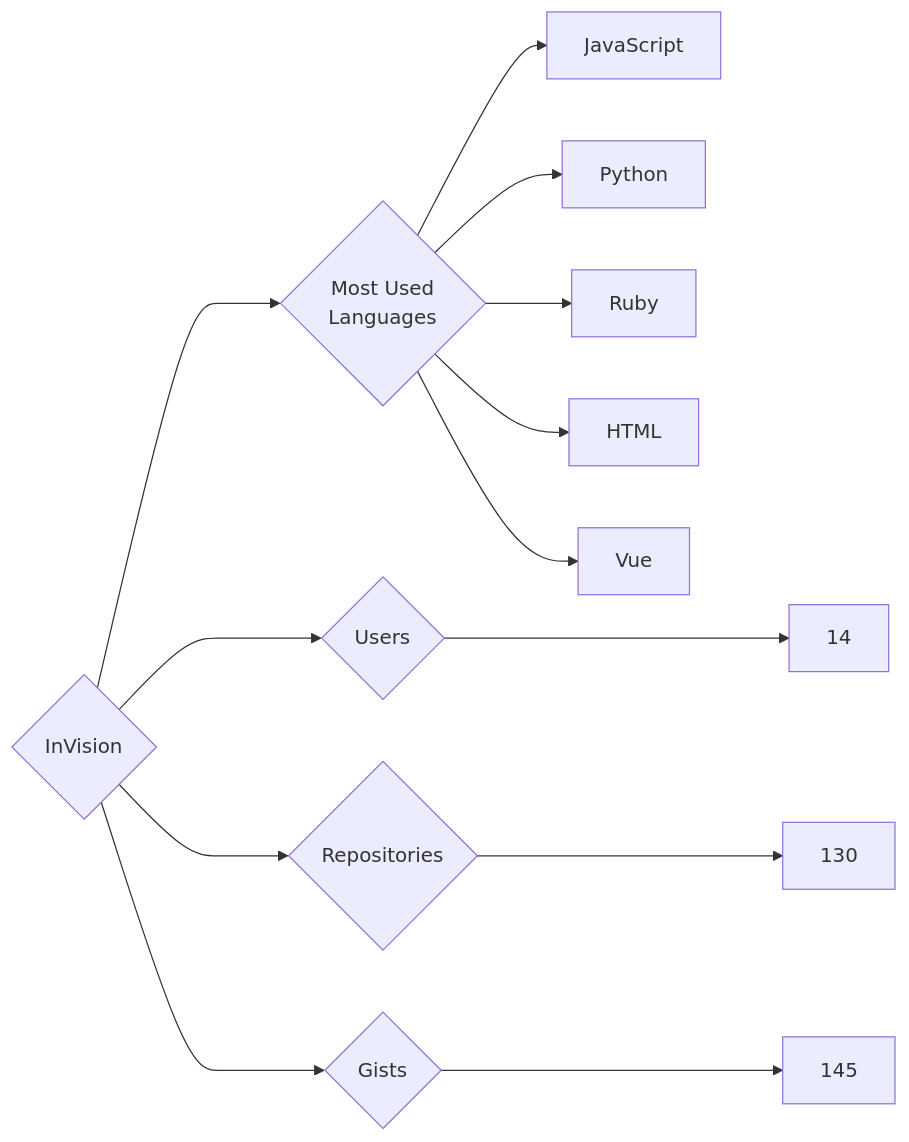
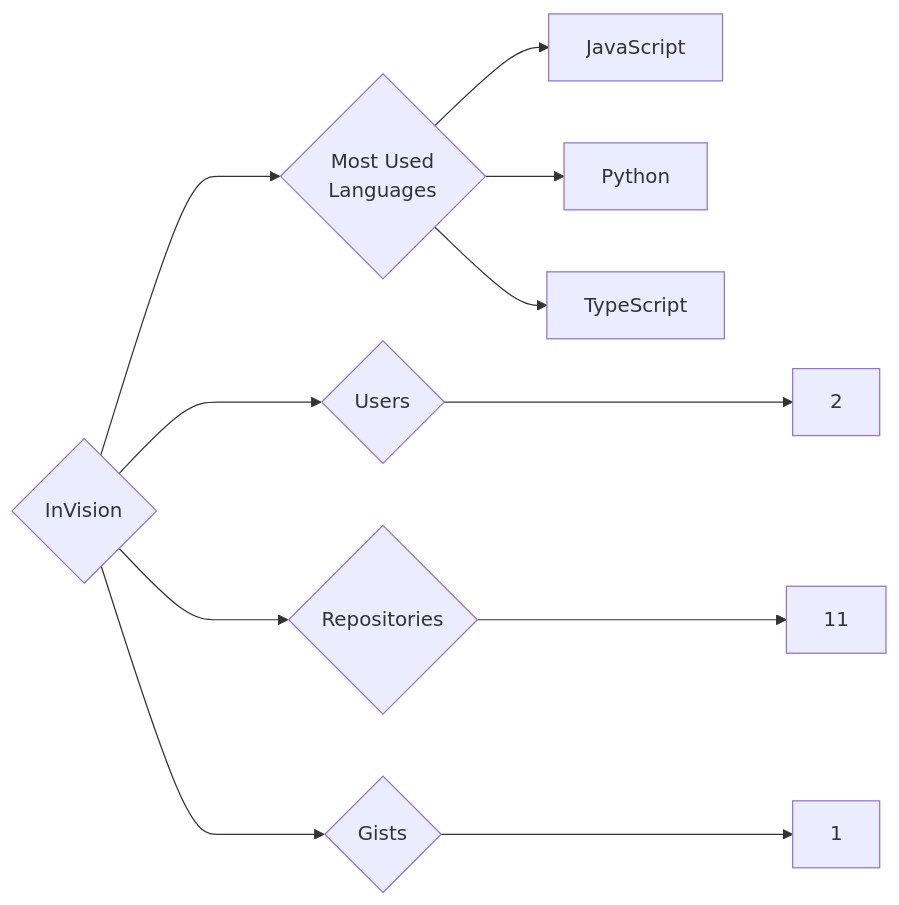
One commit to trickest/insiders changed the diagram in targets/InVision/README.md. Above: the diagram before and after it, drawn with Mermaid. The commit also changed 924 other files, not shown here.

````diff
--- a/targets/InVision/README.md
+++ b/targets/InVision/README.md
@@ -3,13 +3,11 @@
 ```mermaid
 graph LR
 COMPANY_NAME{InVision}
-COMPANY_NAME ---> U{Users} ---> UN[14]
-COMPANY_NAME ---> R{Repositories} ---> RN[130]
-COMPANY_NAME ---> G{Gists} ---> GN[145]
+COMPANY_NAME ---> U{Users} ---> UN[2]
+COMPANY_NAME ---> R{Repositories} ---> RN[11]
+COMPANY_NAME ---> G{Gists} ---> GN[1]
 COMPANY_NAME ---> ML{Most Used<br>Languages}
 ML --> JavaScript[JavaScript]
 ML --> Python[Python]
-ML --> Ruby[Ruby]
-ML --> HTML[HTML]
-ML --> Vue[Vue]
+ML --> TypeScript[TypeScript]
 ```
````
